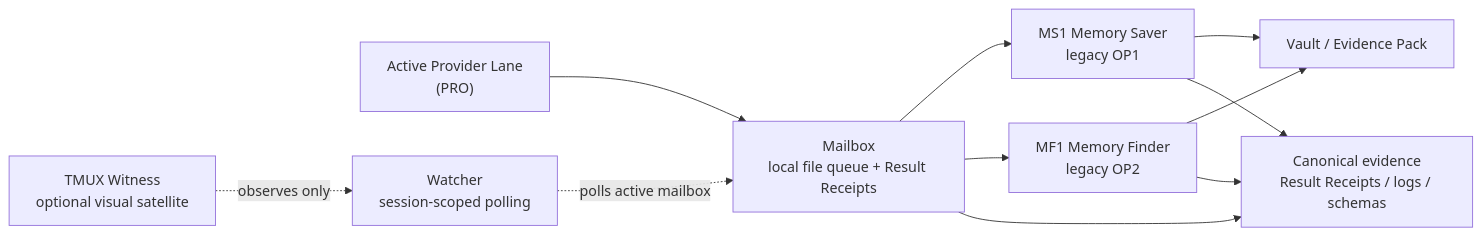
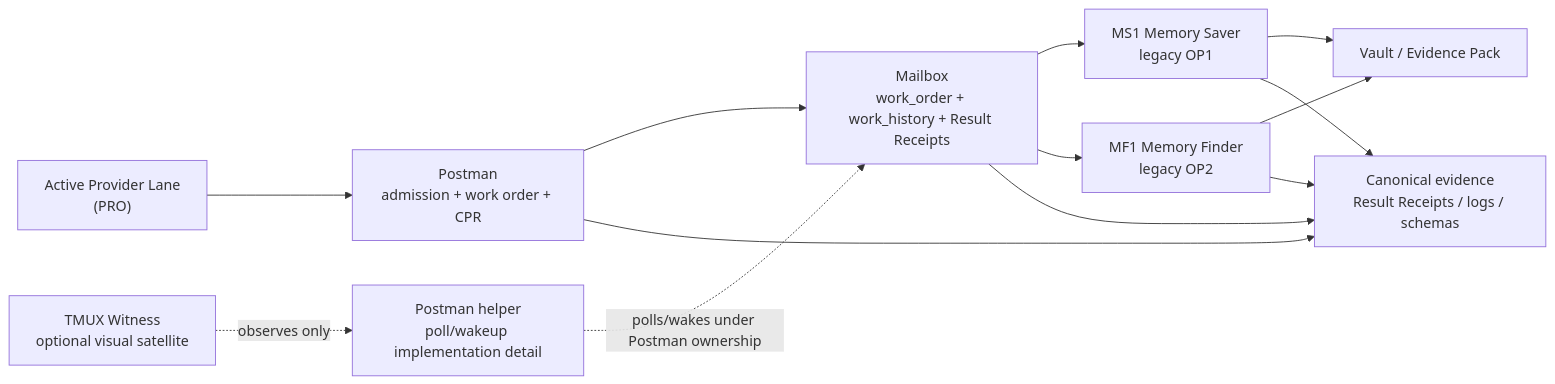
One commit to INTEGRITY2077/openyggdrasil changed the first of 2 diagrams in README.md. Above: the diagram before and after it, drawn with Mermaid. The commit also changed other lines of this file and 8 other files, not shown here.

Commit message:
Align Postman mailbox-first architecture

````diff
--- a/README.md
+++ b/README.md
@@ -446,20 +451,22 @@
 ```mermaid
 flowchart LR
   P["Active Provider Lane<br/>(PRO)"]
   MS1["MS1 Memory Saver<br/>legacy OP1"]
   MF1["MF1 Memory Finder<br/>legacy OP2"]
-  MB["Mailbox<br/>local file queue + Result Receipts"]
-  W["Watcher<br/>session-scoped polling"]
+  PM["Postman<br/>admission + work order + CPR"]
+  MB["Mailbox<br/>work_order + work_history + Result Receipts"]
+  H["Postman helper<br/>poll/wakeup implementation detail"]
   T["TMUX Witness<br/>optional visual satellite"]
   V["Vault / Evidence Pack"]
   E["Canonical evidence<br/>Result Receipts / logs / schemas"]
 
-  P --> MB
+  P --> PM --> MB
   MB --> MS1 --> V
   MB --> MF1 --> V
-  W -. "polls active mailbox" .-> MB
-  T -. "observes only" .-> W
+  H -. "polls/wakes under Postman ownership" .-> MB
+  T -. "observes only" .-> H
   MB --> E
+  PM --> E
   MS1 --> E
   MF1 --> E
 ```
````
